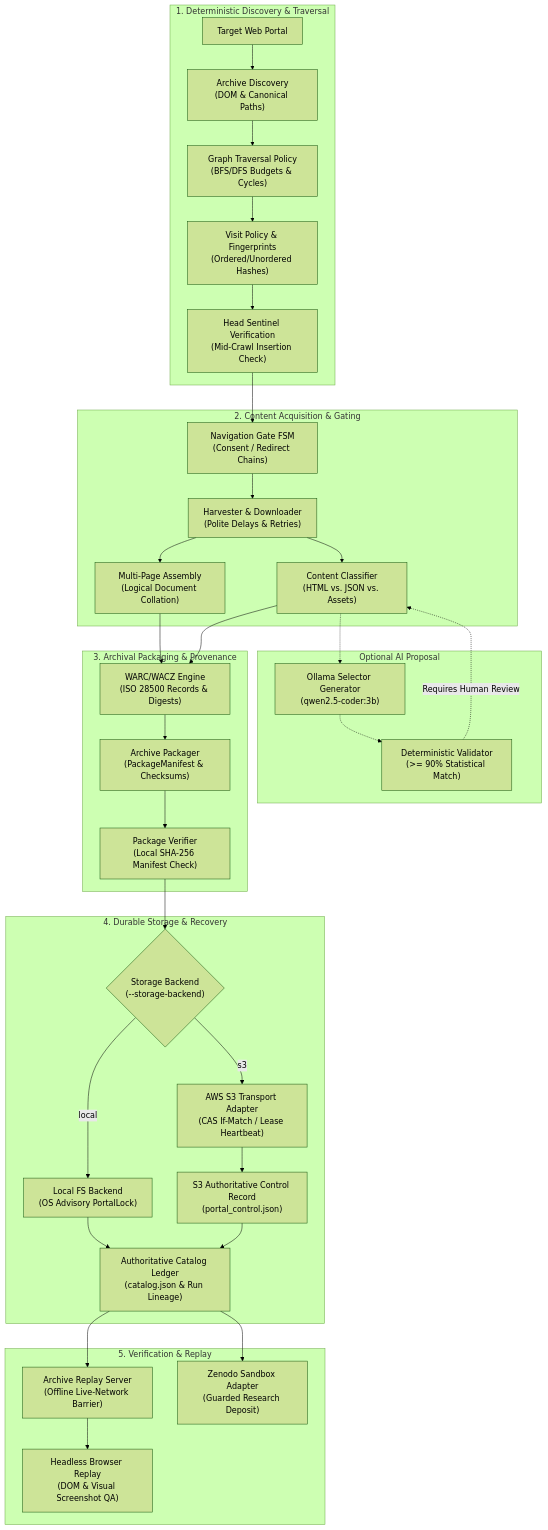
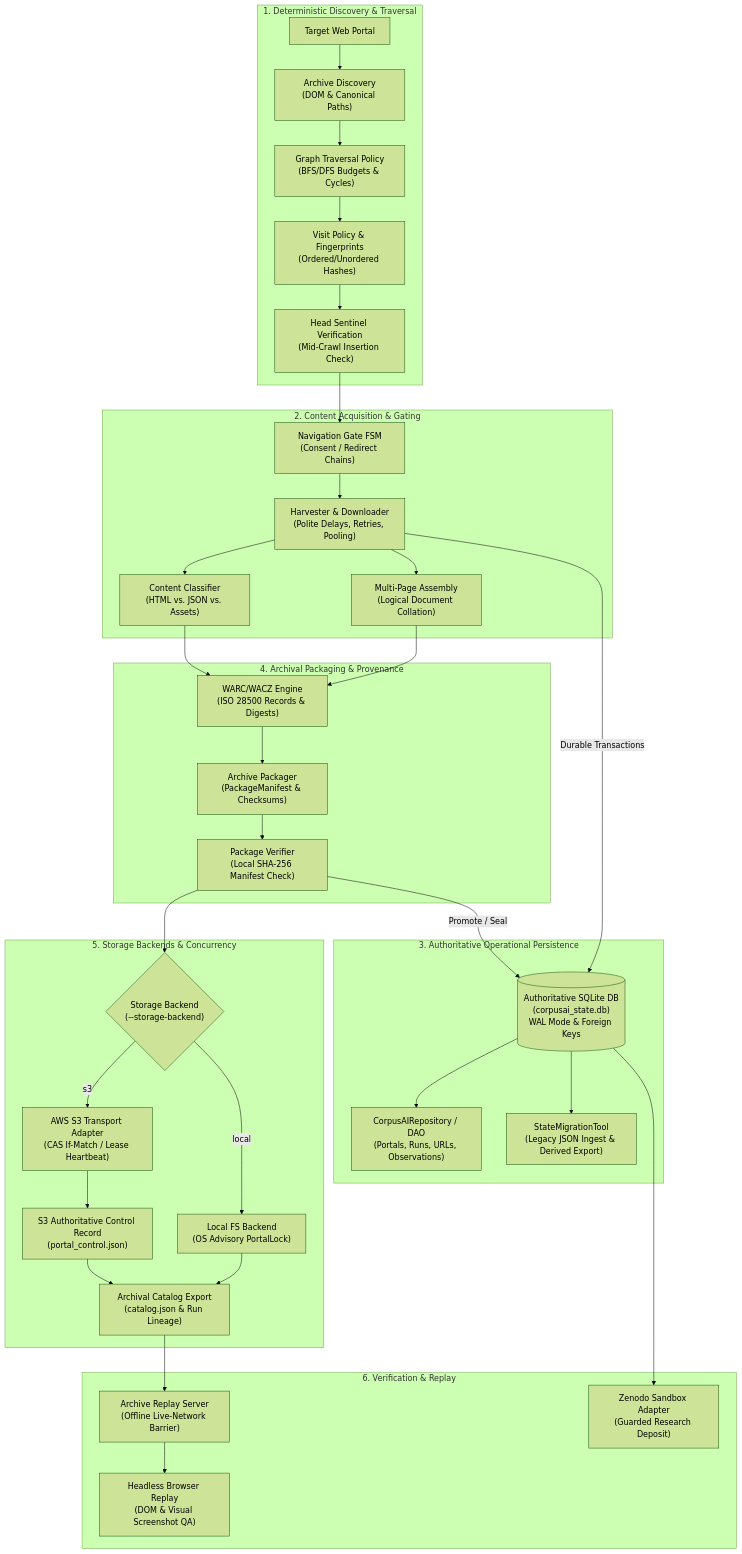
The diagram in README.md (azharali8/CorpusAi), drawn with Mermaid (forest theme) before and after one commit. The commit also changed other lines of this file and 1 other file, not shown here.

````diff
--- a/README.md
+++ b/README.md
@@ -34,44 +62,45 @@
 ```mermaid
 flowchart TD
     subgraph Discovery ["1. Deterministic Discovery & Traversal"]
         WP["Target Web Portal"] --> APD["Archive Discovery<br/>(DOM & Canonical Paths)"]
         APD --> AGP["Graph Traversal Policy<br/>(BFS/DFS Budgets & Cycles)"]
         AGP --> AVP["Visit Policy & Fingerprints<br/>(Ordered/Unordered Hashes)"]
         AVP --> HVP["Head Sentinel Verification<br/>(Mid-Crawl Insertion Check)"]
     end
 
     subgraph Acquisition ["2. Content Acquisition & Gating"]
         HVP --> NGP["Navigation Gate FSM<br/>(Consent / Redirect Chains)"]
-        NGP --> RPH["Harvester & Downloader<br/>(Polite Delays & Retries)"]
+        NGP --> RPH["Harvester & Downloader<br/>(Polite Delays, Retries, Pooling)"]
         RPH --> MPA["Multi-Page Assembly<br/>(Logical Document Collation)"]
         RPH --> AI["Content Classifier<br/>(HTML vs. JSON vs. Assets)"]
     end
 
-    subgraph OptionalAI ["Optional AI Proposal"]
-        AI -.-> RG["Ollama Selector Generator<br/>(qwen2.5-coder:3b)"]
-        RG -.-> DV["Deterministic Validator<br/>(>= 90% Statistical Match)"]
-        DV -.->|Requires Human Review| AI
+    subgraph Persistence ["3. Authoritative Operational Persistence"]
+        RPH -->|Durable Transactions| SQLITE[("Authoritative SQLite DB<br/>(corpusai_state.db)<br/>WAL Mode & Foreign Keys")]
+        SQLITE --> REPO["CorpusAIRepository / DAO<br/>(Portals, Runs, URLs, Observations)"]
+        SQLITE --> MIG["StateMigrationTool<br/>(Legacy JSON Ingest & Derived Export)"]
     end
 
-    subgraph Archival ["3. Archival Packaging & Provenance"]
+    subgraph Archival ["4. Archival Packaging & Provenance"]
         MPA --> WARC["WARC/WACZ Engine<br/>(ISO 28500 Records & Digests)"]
         AI --> WARC
         WARC --> PKG["Archive Packager<br/>(PackageManifest & Checksums)"]
         PKG --> VER["Package Verifier<br/>(Local SHA-256 Manifest Check)"]
+        VER -->|Promote / Seal| SQLITE
     end
 
-    subgraph StorageEngine ["4. Durable Storage & Recovery"]
+    subgraph StorageEngine ["5. Storage Backends & Concurrency"]
         VER --> BACKEND{"Storage Backend<br/>(--storage-backend)"}
         BACKEND -->|local| LOCAL["Local FS Backend<br/>(OS Advisory PortalLock)"]
         BACKEND -->|s3| S3["AWS S3 Transport Adapter<br/>(CAS If-Match / Lease Heartbeat)"]
-        LOCAL --> CAT["Authoritative Catalog Ledger<br/>(catalog.json & Run Lineage)"]
+        LOCAL --> CAT["Archival Catalog Export<br/>(catalog.json & Run Lineage)"]
         S3 --> CTRL["S3 Authoritative Control Record<br/>(portal_control.json)"]
         CTRL --> CAT
     end
 
-    subgraph VerificationReplay ["5. Verification & Replay"]
+    subgraph VerificationReplay ["6. Verification & Replay"]
         CAT --> ARS["Archive Replay Server<br/>(Offline Live-Network Barrier)"]
         ARS --> REPLAY["Headless Browser Replay<br/>(DOM & Visual Screenshot QA)"]
-        CAT --> ZEN["Zenodo Sandbox Adapter<br/>(Guarded Research Deposit)"]
+        SQLITE --> ZEN["Zenodo Sandbox Adapter<br/>(Guarded Research Deposit)"]
     end
 ```
````
